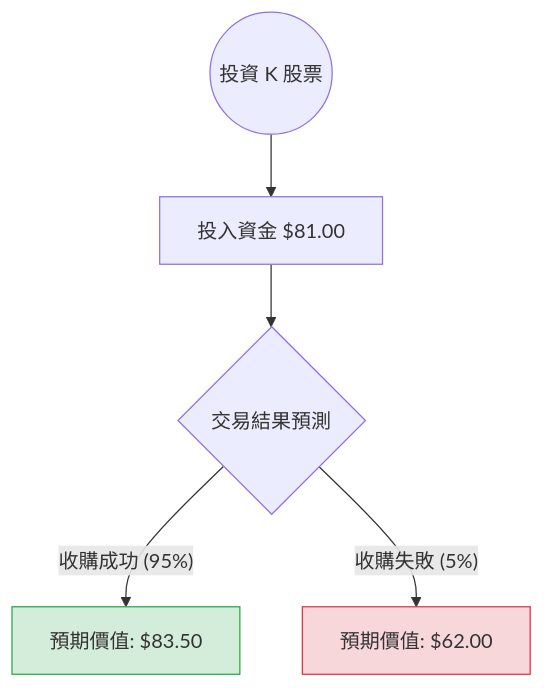
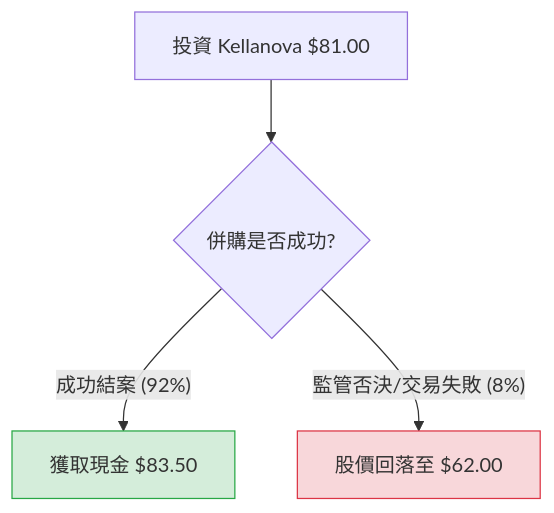
One commit to zmcx16/zmcx16.github.io changed the diagram in plugin-react/ai-analysis/ev-analysis/K.md. Above: the diagram before and after it, drawn with Mermaid. The commit also changed other lines of this file and 44 other files, not shown here.

````diff
--- a/plugin-react/ai-analysis/ev-analysis/K.md
+++ b/plugin-react/ai-analysis/ev-analysis/K.md
@@ -24,11 +21,10 @@
 ```mermaid
 graph TD
-    Start((投資 K 股票)) --> Invest[投入資金 $81.00]
-    Invest --> Node1{交易結果預測}
+    Start[投資 Kellanova $81.00] --> A{併購是否成功?}
     
-    Node1 -- "收購成功 (95%)" --> Success[預期價值: $83.50]
-    Node1 -- "收購失敗 (5%)" --> Failure[預期價值: $62.00]
+    A -- 成功結案 (92%) --> B[獲取現金 $83.50]
+    A -- 監管否決/交易失敗 (8%) --> C[股價回落至 $62.00]
 
-    style Success fill:#d4edda,stroke:#28a745
-    style Failure fill:#f8d7da,stroke:#dc3545
+    style B fill:#d4edda,stroke:#28a745
+    style C fill:#f8d7da,stroke:#dc3545
 ```
````
